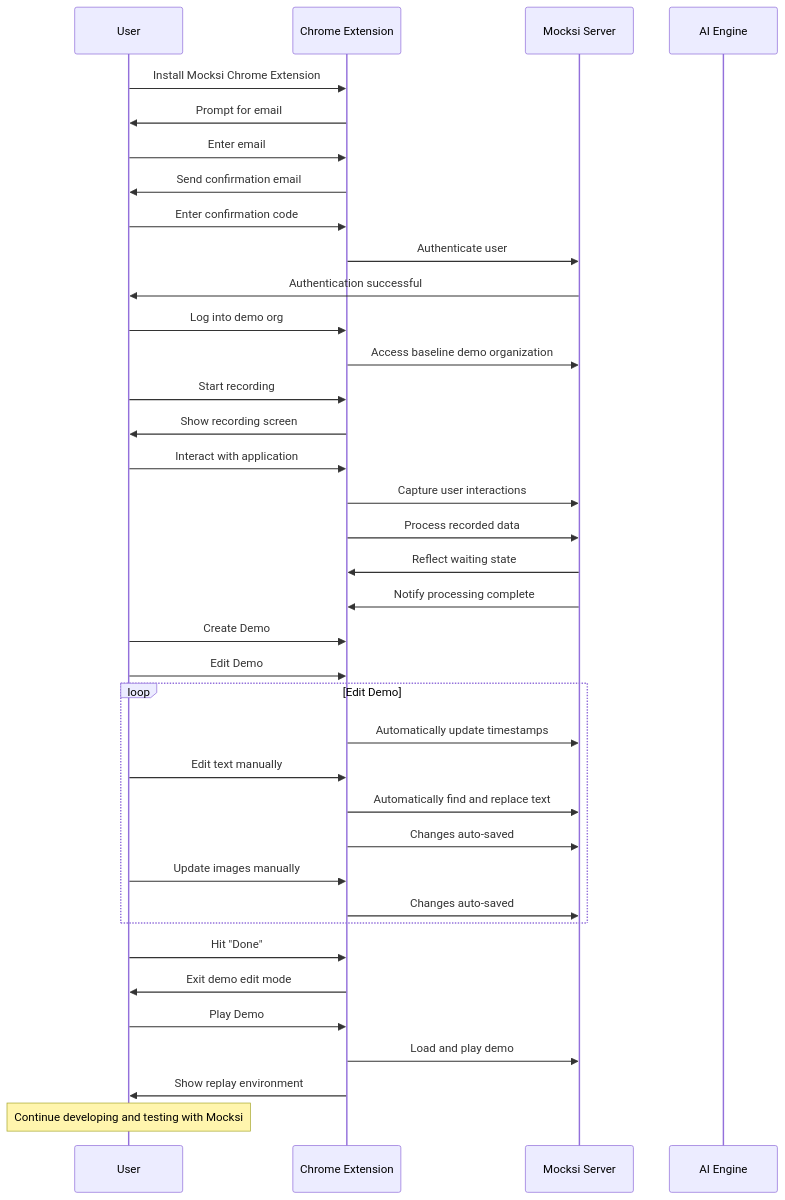
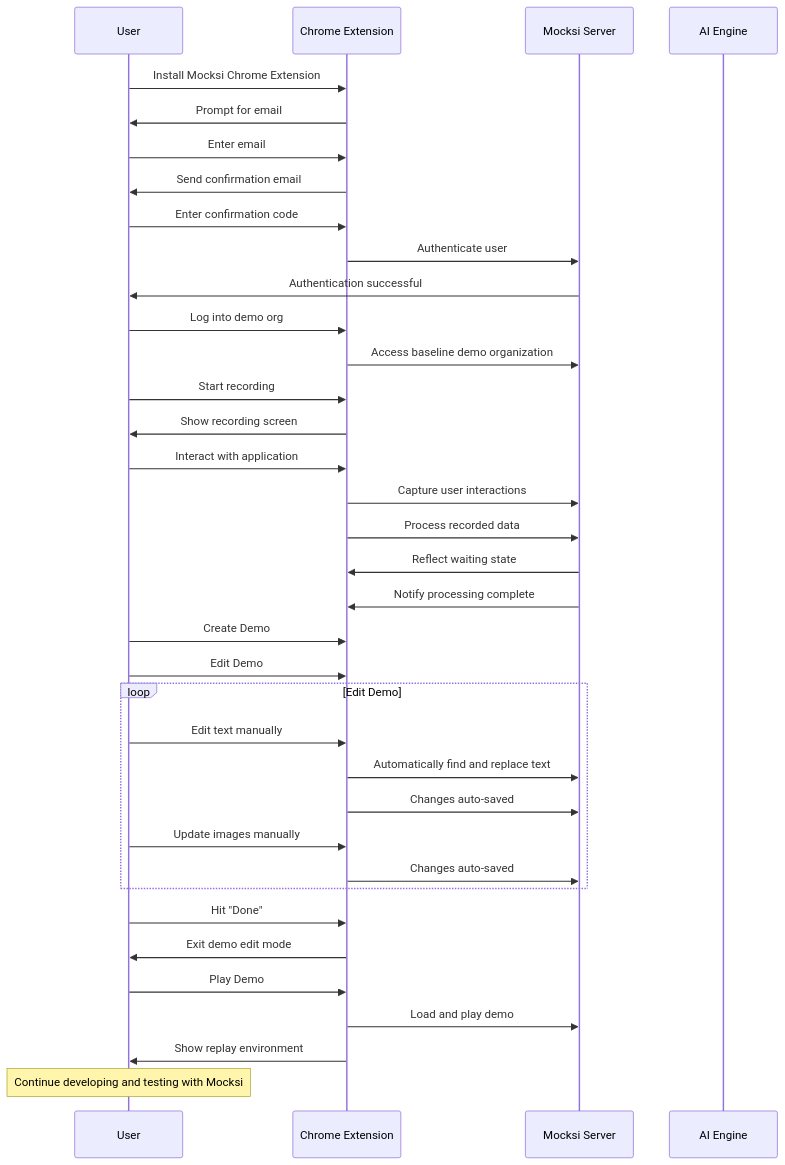
One commit to Mocksi/HARlighter changed the diagram in docs/product-flow.md. Above: the diagram before and after it, drawn with Mermaid. The commit also changed 80 other files, not shown here.

````diff
--- a/docs/product-flow.md
+++ b/docs/product-flow.md
@@ -7,46 +7,45 @@
 ```mermaid
 sequenceDiagram
     participant U as User
     participant CLI as Chrome Extension
     participant S as Mocksi Server
     participant AI as AI Engine
 
     U->>CLI: Install Mocksi Chrome Extension
     CLI->>U: Prompt for email
     U->>CLI: Enter email
     CLI->>U: Send confirmation email
     U->>CLI: Enter confirmation code
     CLI->>S: Authenticate user
     S->>U: Authentication successful
 
     U->>CLI: Log into demo org
     CLI->>S: Access baseline demo organization
 
     U->>CLI: Start recording
     CLI->>U: Show recording screen
     U->>CLI: Interact with application
     CLI->>S: Capture user interactions
 
     CLI->>S: Process recorded data
     S->>CLI: Reflect waiting state
     S->>CLI: Notify processing complete
 
     U->>CLI: Create Demo
     U->>CLI: Edit Demo
     loop Edit Demo
-        CLI->>S: Automatically update timestamps
         U->>CLI: Edit text manually
         CLI->>S: Automatically find and replace text
         CLI->>S: Changes auto-saved
         U->>CLI: Update images manually
         CLI->>S: Changes auto-saved
     end
     U->>CLI: Hit "Done"
     CLI->>U: Exit demo edit mode
 
     U->>CLI: Play Demo
     CLI->>S: Load and play demo
     CLI->>U: Show replay environment
 
     Note over U: Continue developing and testing with Mocksi
 ```
````
